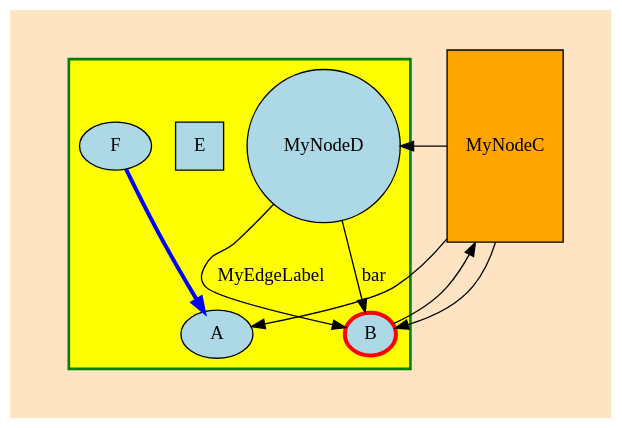
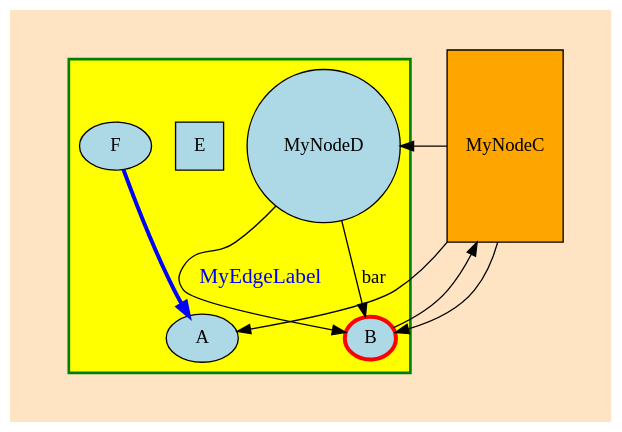
Before and after one commit to jjermann/sharpgraph: the diagram in UnitTests/TestExamples/example.dot, drawn with Graphviz.

Commit message:
updated example

```diff
--- a/UnitTests/TestExamples/example.dot
+++ b/UnitTests/TestExamples/example.dot
@@ -1,20 +1,20 @@
 digraph {
   bgcolor="bisque"
   pad="0.5,0.4"
   node [style=filled, fillcolor="lightblue"]
   A
   B->C->{
     A; D; {
 	  A; B [width=0.3, height=0.3, penwidth=3, color=red]
 	}
   }
   C [label="MyNodeC", shape="rect", fillcolor=orange, width=1, height=2]
-  D->B [label="MyEdgeLabel"]
+  D->B [label="MyEdgeLabel", fontcolor="blue", fontsize=16]
   D [label="MyNodeD", shape="circle"];
   subgraph cluster0 {
     graph [bgcolor="yellow", pencolor="green", penwidth=2]
     E [shape="square"]
 	F->A [penwidth=3, color="blue"]
 	D->B [label="bar"]
   }
 }
```
